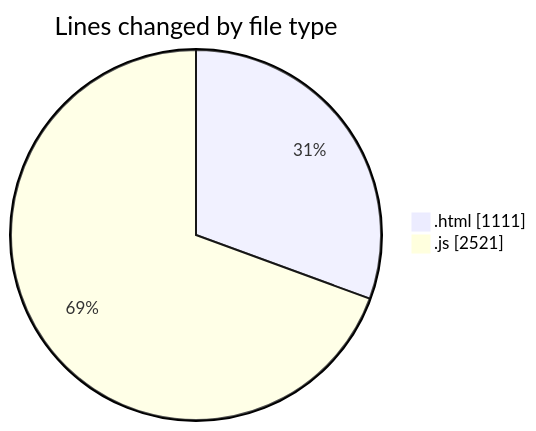
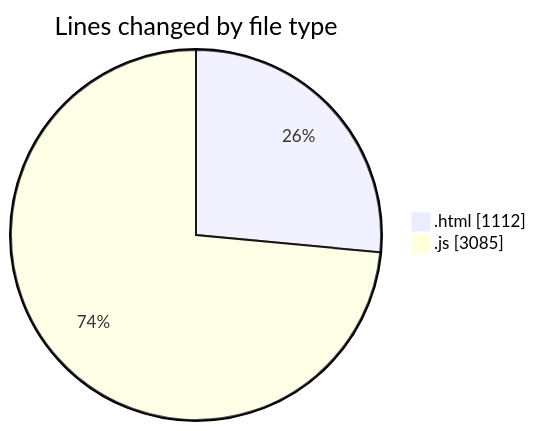
The first of 2 diagrams in 2026-02-19/bot_v1_2/README.md (becaeroporto-bot/code-tracking), drawn with Mermaid before and after one commit. The commit also changed other lines of this file and 1 other file, not shown here.

````diff
--- a/2026-02-19/bot_v1_2/README.md
+++ b/2026-02-19/bot_v1_2/README.md
@@ -26,6 +27,6 @@
 ```mermaid
 pie showData
 title Lines changed by file type
-".html" : 1111
-".js" : 2521
+".html" : 1112
+".js" : 3085
 ```
````
